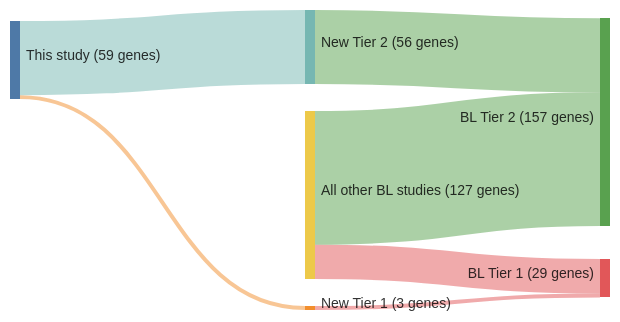
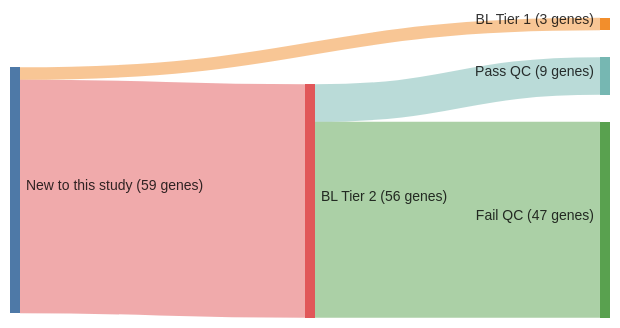
The diagram in papers/loveGeneticLandscapeMutations2012.md (morinlab/lymphopedia), drawn with Mermaid before and after one commit. The commit also changed 2 other files, not shown here.

````diff
--- a/papers/loveGeneticLandscapeMutations2012.md
+++ b/papers/loveGeneticLandscapeMutations2012.md
@@ -13,20 +13,18 @@
 ```mermaid
 ---
 config:
     sankey:
         showValues: true
         linkColor: target
         width: 600
         height: 300
         nodeAlignment: right
         prefix: '('
         suffix: ' genes)'
 ---
 sankey-beta
-This study, New Tier 1, 3
-New Tier 1, BL Tier 1, 3
-This study, New Tier 2, 56
-New Tier 2, BL Tier 2, 56
-All other BL studies, BL Tier 1, 26
-All other BL studies, BL Tier 2, 101
+New to this study, BL Tier 1, 3
+New to this study, BL Tier 2, 56
+BL Tier 2, Pass QC, 9
+BL Tier 2, Fail QC, 47
 ```
````
